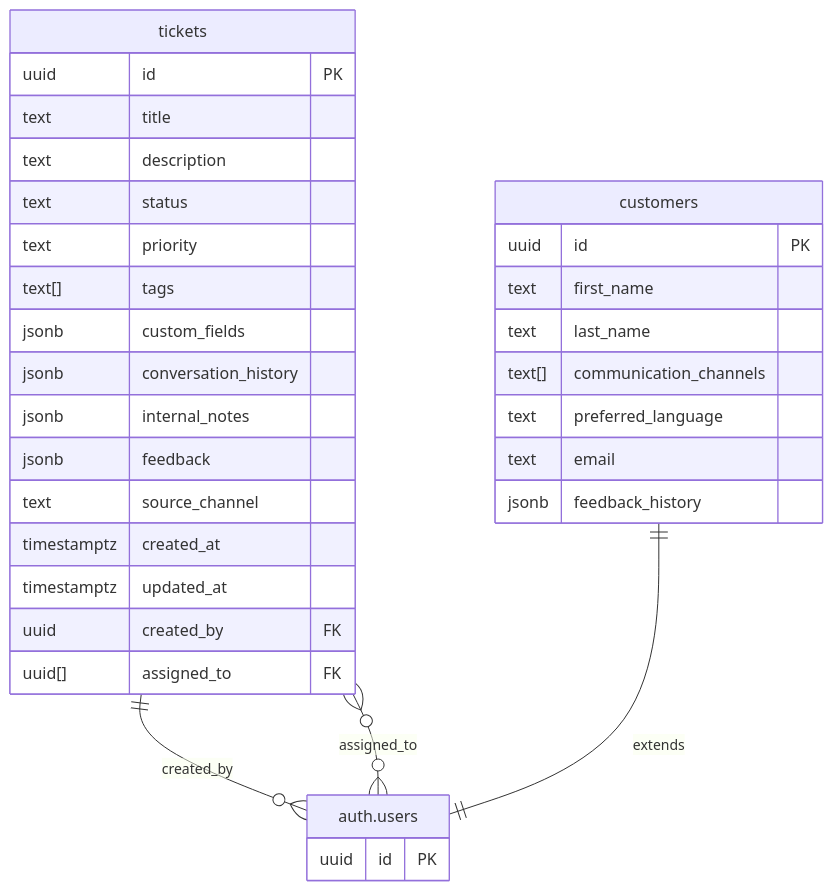
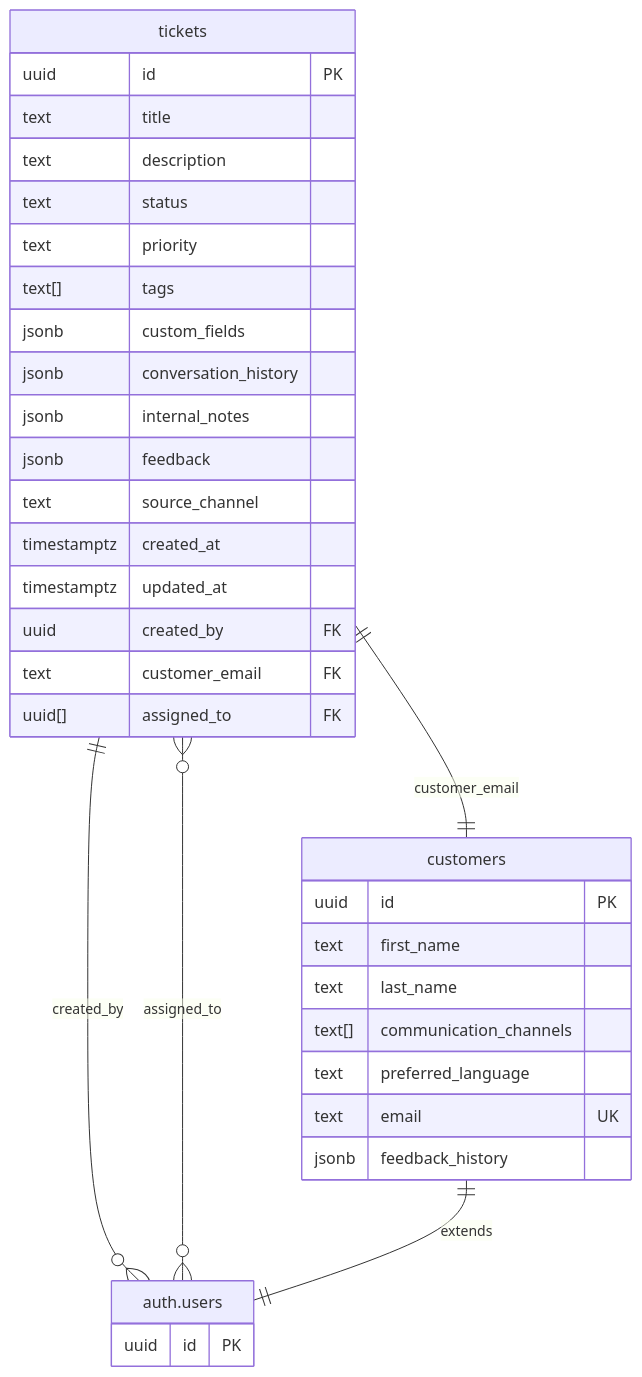
One commit to arpankg/zendesk-clone changed the diagram in DATABASE.md. Above: the diagram before and after it, drawn with Mermaid. The commit also changed other lines of this file and 9 other files, not shown here.

````diff
--- a/DATABASE.md
+++ b/DATABASE.md
@@ -5,38 +5,40 @@
 ```mermaid
 erDiagram
     tickets {
         uuid id PK
         text title
         text description
         text status
         text priority
         text[] tags
         jsonb custom_fields
         jsonb conversation_history
         jsonb internal_notes
         jsonb feedback
         text source_channel
         timestamptz created_at
         timestamptz updated_at
         uuid created_by FK
+        text customer_email FK
         uuid[] assigned_to FK
     }
 
     customers {
         uuid id PK
         text first_name
         text last_name
         text[] communication_channels
         text preferred_language
-        text email
+        text email UK
         jsonb feedback_history
     }
 
     auth.users {
         uuid id PK
     }
 
     tickets ||--o{ auth.users : "created_by"
     tickets }o--o{ auth.users : "assigned_to"
+    tickets ||--|| customers : "customer_email"
     customers ||--|| auth.users : "extends"
 ```
````
